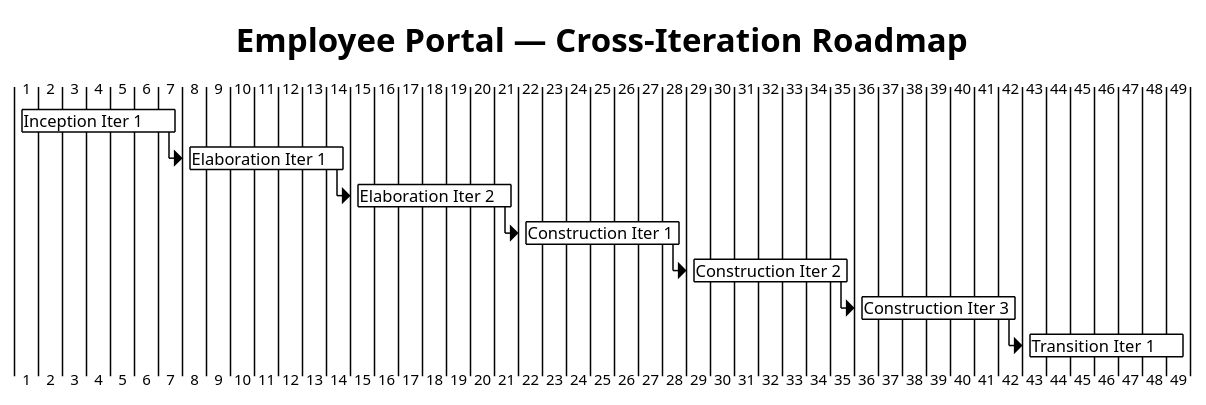
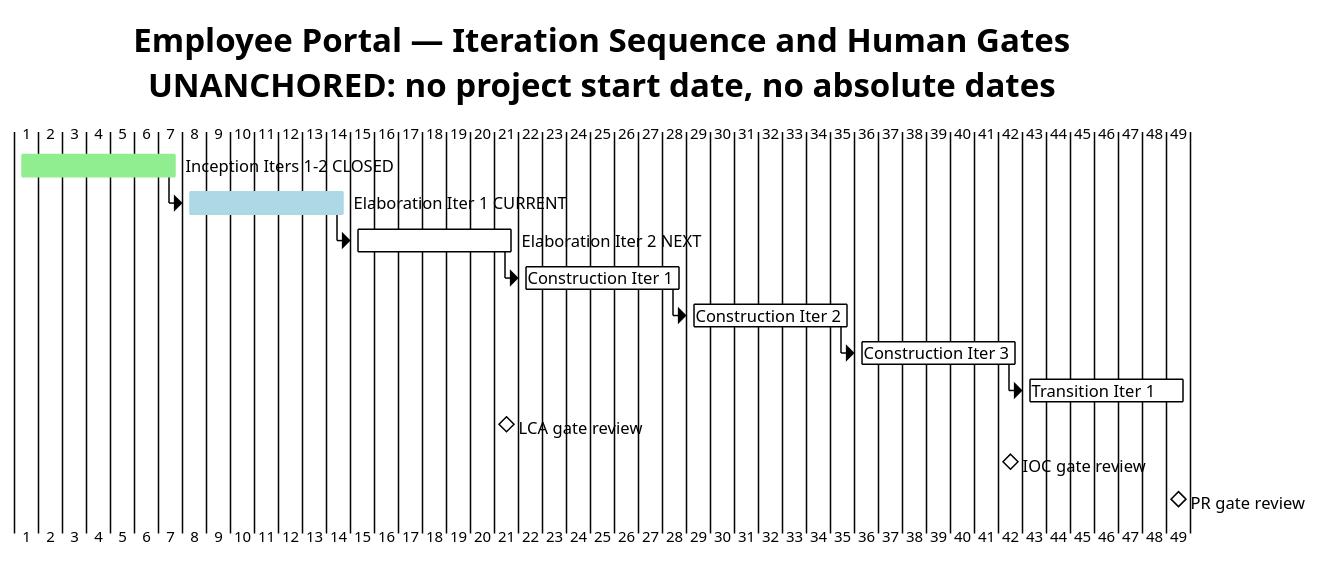
Before and after one commit to banense-test/employee-portal: the first of 2 diagrams in docs/artifacts/project-management/iteration-plan.md, drawn with PlantUML. The commit also changed other lines of this file, not shown here.

First line of the commit message:
Project Manager [E1]: upsert Iteration Plan

````diff
--- a/docs/artifacts/project-management/iteration-plan.md
+++ b/docs/artifacts/project-management/iteration-plan.md
@@ -36,21 +44,32 @@
 ```plantuml
 @startgantt
 !theme plain
-title Employee Portal — Cross-Iteration Roadmap
+title Employee Portal — Iteration Sequence and Human Gates\nUNANCHORED: no project start date, no absolute dates
 
-[Inception Iter 1] lasts 7 days
-[Elaboration Iter 1] lasts 7 days
-[Elaboration Iter 1] starts at [Inception Iter 1]'s end
-[Elaboration Iter 2] lasts 7 days
-[Elaboration Iter 2] starts at [Elaboration Iter 1]'s end
+[Inception Iters 1-2 CLOSED] lasts 7 days
+[Inception Iters 1-2 CLOSED] is colored in lightgreen
+
+[Elaboration Iter 1 CURRENT] lasts 7 days
+[Elaboration Iter 1 CURRENT] starts at [Inception Iters 1-2 CLOSED]'s end
+[Elaboration Iter 1 CURRENT] is colored in lightblue
+
+[Elaboration Iter 2 NEXT] lasts 7 days
+[Elaboration Iter 2 NEXT] starts at [Elaboration Iter 1 CURRENT]'s end
+
 [Construction Iter 1] lasts 7 days
-[Construction Iter 1] starts at [Elaboration Iter 2]'s end
+[Construction Iter 1] starts at [Elaboration Iter 2 NEXT]'s end
+
 [Construction Iter 2] lasts 7 days
 [Construction Iter 2] starts at [Construction Iter 1]'s end
+
 [Construction Iter 3] lasts 7 days
 [Construction Iter 3] starts at [Construction Iter 2]'s end
+
 [Transition Iter 1] lasts 7 days
 [Transition Iter 1] starts at [Construction Iter 3]'s end
 
+[LCA gate review] happens at [Elaboration Iter 2 NEXT]'s end
+[IOC gate review] happens at [Construction Iter 3]'s end
+[PR gate review] happens at [Transition Iter 1]'s end
 @endgantt
 ```
````
